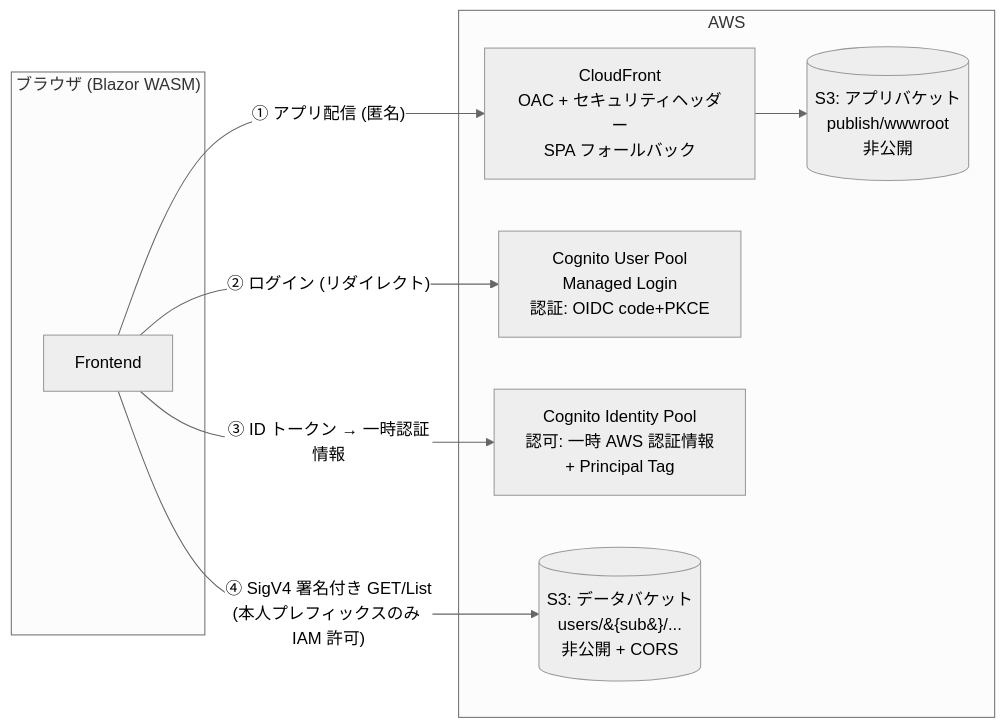
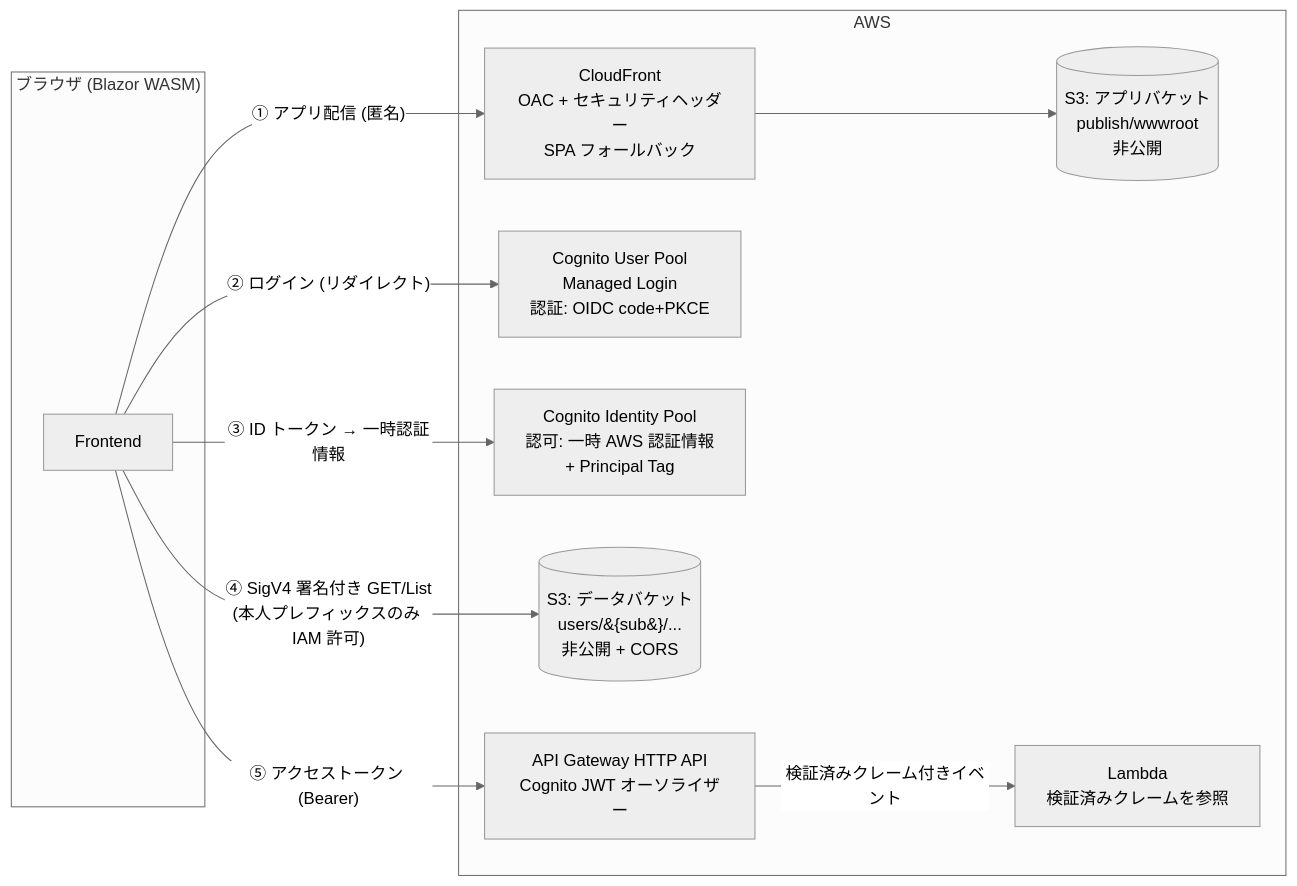
The first of 2 diagrams in docs/DESIGN.md (usausa/template-aws-s3-wasm), drawn with Mermaid (neutral theme) before and after one commit. The commit also changed other lines of this file and 23 other files, not shown here.

````diff
--- a/docs/DESIGN.md
+++ b/docs/DESIGN.md
@@ -46,20 +46,24 @@
 ```mermaid
 graph LR
     subgraph Browser["ブラウザ (Blazor WASM)"]
         App[Frontend]
     end
 
     subgraph AWS
         CF[CloudFront<br/>OAC + セキュリティヘッダー<br/>SPA フォールバック]
         AppBucket[(S3: アプリバケット<br/>publish/wwwroot<br/>非公開)]
         UP[Cognito User Pool<br/>Managed Login<br/>認証: OIDC code+PKCE]
         IP[Cognito Identity Pool<br/>認可: 一時 AWS 認証情報<br/>+ Principal Tag]
         DataBucket[(S3: データバケット<br/>users/&#123;sub&#125;/...<br/>非公開 + CORS)]
+        APIGW[API Gateway HTTP API<br/>Cognito JWT オーソライザー]
+        Fn[Lambda<br/>検証済みクレームを参照]
     end
 
     App -- "① アプリ配信 (匿名)" --> CF
     CF --> AppBucket
     App -- "② ログイン (リダイレクト)" --> UP
     App -- "③ ID トークン → 一時認証情報" --> IP
     App -- "④ SigV4 署名付き GET/List<br/>(本人プレフィックスのみ IAM 許可)" --> DataBucket
+    App -- "⑤ アクセストークン (Bearer)" --> APIGW
+    APIGW -- "検証済みクレーム付きイベント" --> Fn
 ```
````
